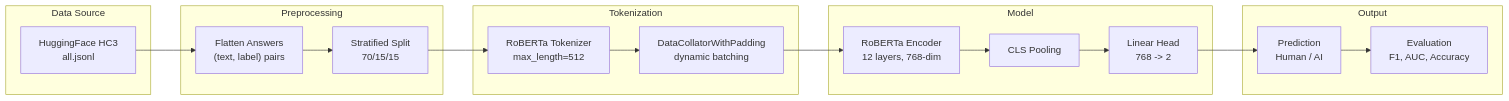
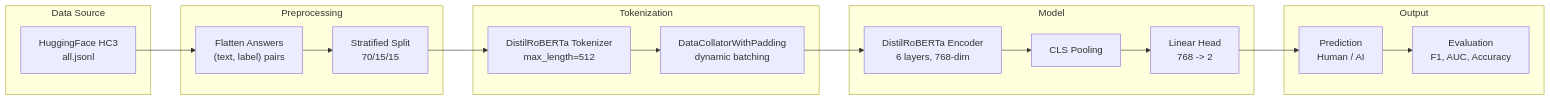
Before and after one commit to Max00358/AI-gen-text-detector: the first of 4 diagrams in README.md, drawn with Mermaid. The commit also changed other lines of this file, not shown here.

````diff
--- a/README.md
+++ b/README.md
@@ -538,29 +548,29 @@
 ```mermaid
 flowchart LR
     subgraph dataSource [Data Source]
         HF["HuggingFace HC3<br/>all.jsonl"]
     end
 
     subgraph preprocessing [Preprocessing]
         Flatten["Flatten Answers<br/>(text, label) pairs"]
         Split["Stratified Split<br/>70/15/15"]
     end
 
     subgraph tokenization [Tokenization]
-        Tok["RoBERTa Tokenizer<br/>max_length=512"]
+        Tok["DistilRoBERTa Tokenizer<br/>max_length=512"]
         Collator["DataCollatorWithPadding<br/>dynamic batching"]
     end
 
     subgraph model [Model]
-        Encoder["RoBERTa Encoder<br/>12 layers, 768-dim"]
+        Encoder["DistilRoBERTa Encoder<br/>6 layers, 768-dim"]
         CLS["CLS Pooling"]
         Head["Linear Head<br/>768 -> 2"]
     end
 
     subgraph output [Output]
         Pred["Prediction<br/>Human / AI"]
         Metrics["Evaluation<br/>F1, AUC, Accuracy"]
     end
 
     HF --> Flatten --> Split --> Tok --> Collator --> Encoder --> CLS --> Head --> Pred --> Metrics
 ```
````
